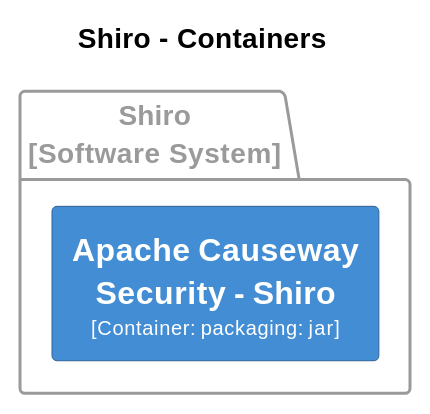
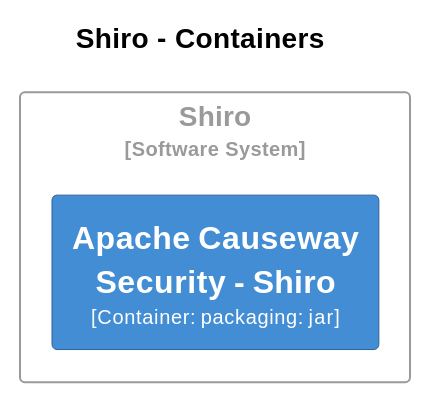
One commit to apache/causeway changed diagram 13 of 31 in core/adoc/modules/_overview/pages/about.adoc. Above: the diagram before and after it, drawn with PlantUML. The commit also changed other lines of this file and 4 other files, not shown here.

```diff
--- a/core/adoc/modules/_overview/pages/about.adoc
+++ b/core/adoc/modules/_overview/pages/about.adoc
@@ -2381,33 +2623,33 @@
 [plantuml,Shiro,svg]
 ----
 @startuml
 set separator none
 title Shiro - Containers
 
 left to right direction
 
 skinparam {
   shadowing false
   arrowFontSize 10
   defaultTextAlignment center
   wrapWidth 200
   maxMessageSize 100
 }
 
 hide stereotype
 
 skinparam rectangle<<Shiro.ApacheCausewaySecurityShiro>> {
   BackgroundColor #438dd5
   FontColor #fffffe
   BorderColor #2e6295
 }
 
-package "Shiro\n[Software System]" <<Shiro>> {
-  skinparam PackageBorderColor<<Shiro>> #9a9a9a
-  skinparam PackageFontColor<<Shiro>> #9a9a9a
+rectangle "Shiro\n<size:10>[Software System]</size>" <<Shiro>> {
+  skinparam RectangleBorderColor<<Shiro>> #9a9a9a
+  skinparam RectangleFontColor<<Shiro>> #9a9a9a
 
   rectangle "==Apache Causeway Security - Shiro\n<size:10>[Container: packaging: jar]</size>" <<Shiro.ApacheCausewaySecurityShiro>> as Shiro.ApacheCausewaySecurityShiro
 }
 
 @enduml
 ----
```
